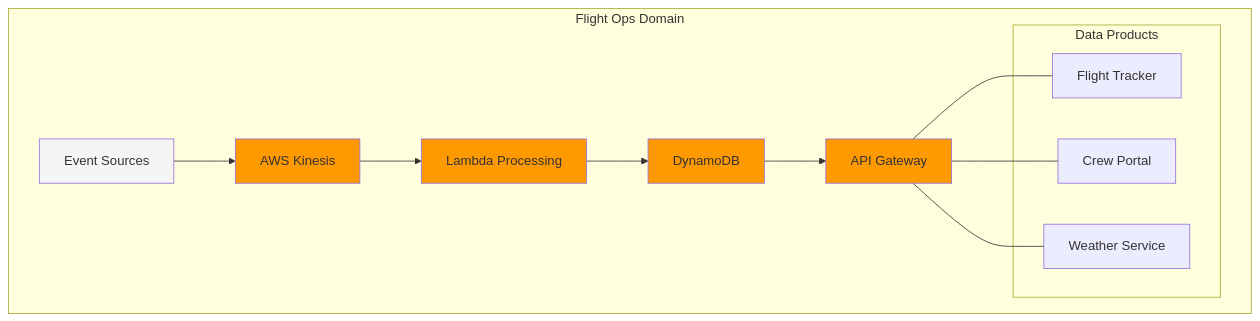
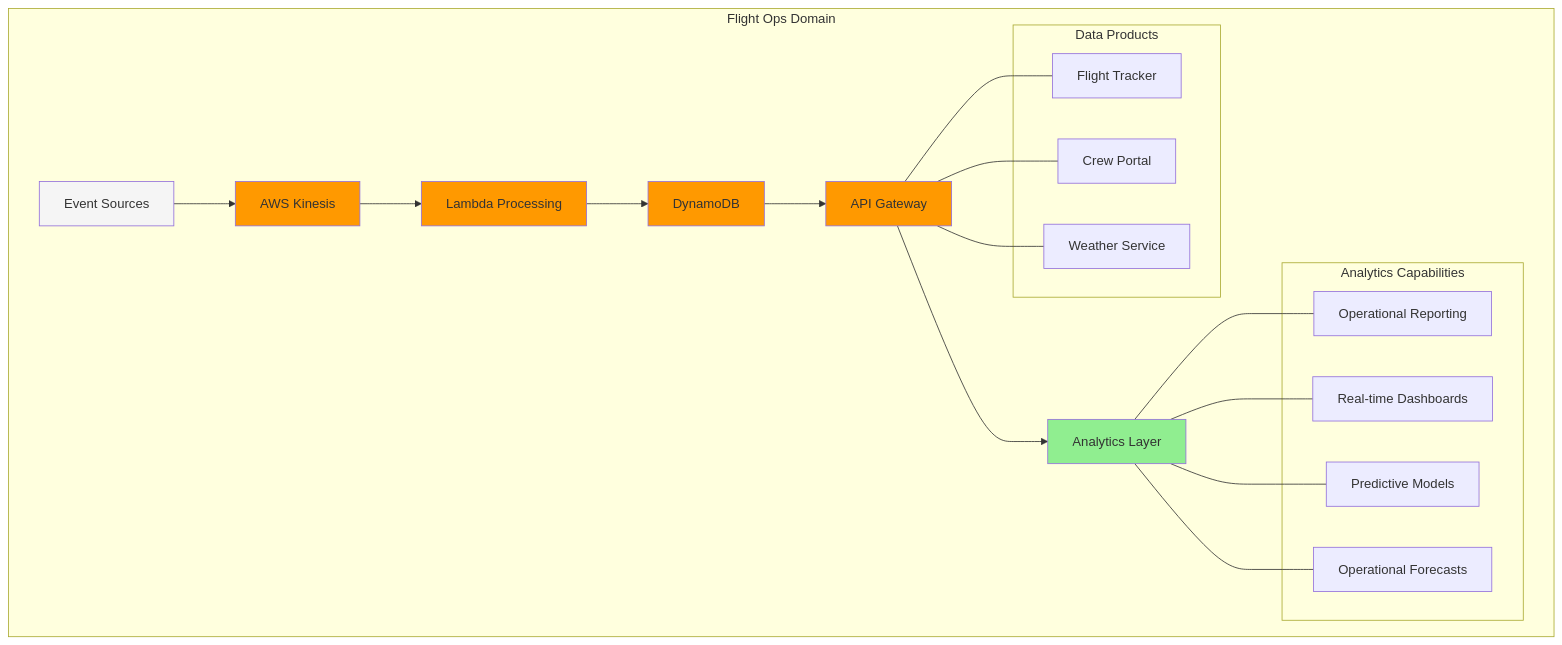
One commit to data-octo/agentic_ai_research changed the third of 10 diagrams in enterprise_data_architecture/chapters/03_data_mesh.md. Above: the diagram before and after it, drawn with Mermaid. The commit also changed other lines of this file and 34 other files, not shown here.

Commit message:
v0.1.9 - include data analytics in mermaid

````diff
--- a/enterprise_data_architecture/chapters/03_data_mesh.md
+++ b/enterprise_data_architecture/chapters/03_data_mesh.md
@@ -89,25 +141,41 @@
   ```mermaid
   graph TB
       subgraph "Flight Ops Domain"
           A[Event Sources] --> B[AWS Kinesis]
           B --> C[Lambda Processing]
           C --> D[DynamoDB]
           D --> E[API Gateway]
           
+          %% Add Analytics Layer
+          E --> I[Analytics Layer]
+          
           subgraph "Data Products"
               F[Flight Tracker]
               G[Crew Portal]
               H[Weather Service]
           end
           
+          subgraph "Analytics Capabilities"
+              J[Operational Reporting]
+              K[Real-time Dashboards]
+              L[Predictive Models]
+              M[Operational Forecasts]
+          end
+          
           E --- F
           E --- G
           E --- H
+          
+          I --- J
+          I --- K
+          I --- L
+          I --- M
       end
       
       style A fill:#f5f5f5
       style B fill:#ff9900
       style C fill:#ff9900
       style D fill:#ff9900
       style E fill:#ff9900
+      style I fill:#90ee90
   ```
````
